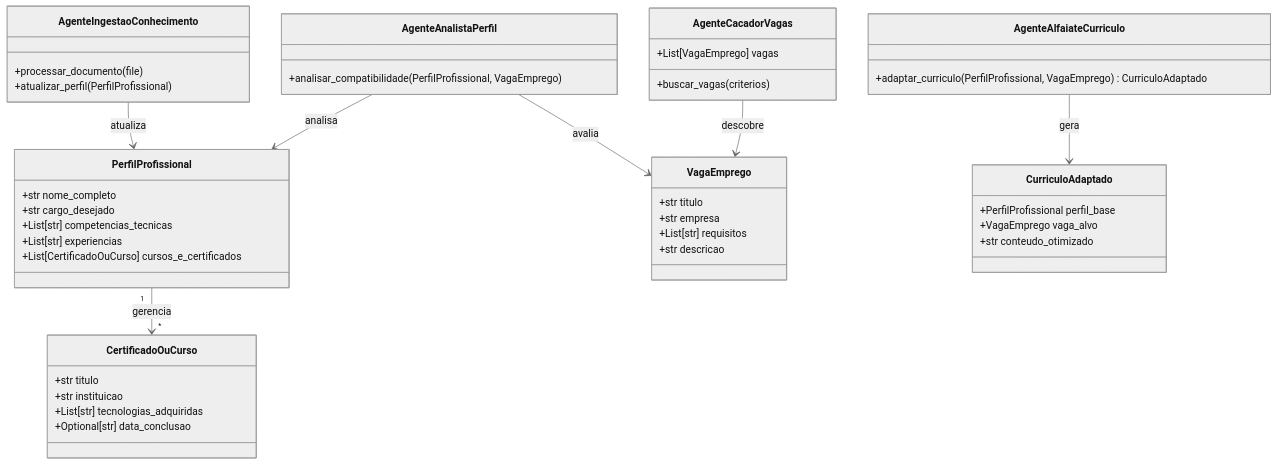
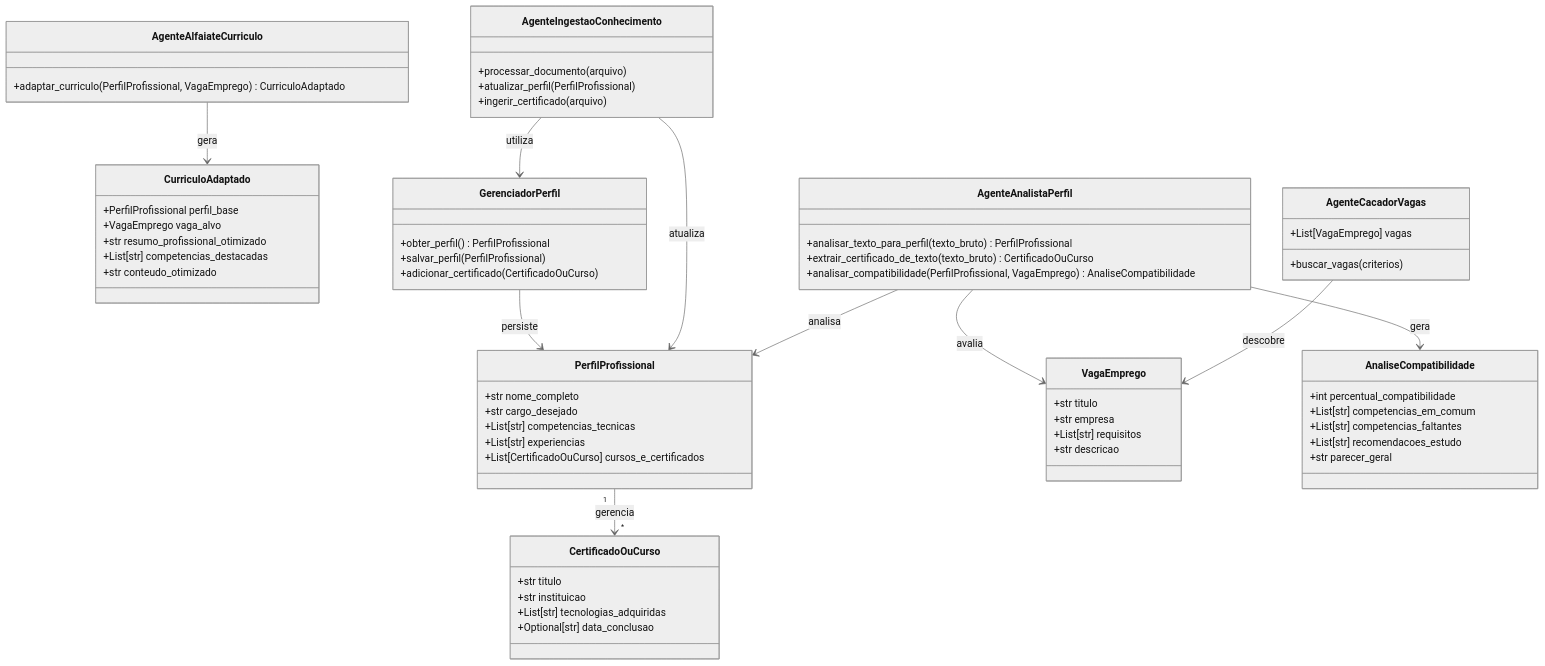
One commit to AlexCaitete/sistema-de-empregabilidade changed the diagram in README.md. Above: the diagram before and after it, drawn with Mermaid (neutral theme). The commit also changed other lines of this file and 14 other files, not shown here.

Commit message:
feat: conclui back-end com agentes de ingestao, compatibilidade, cacador de vagas e alfaiate ATS

````diff
--- a/README.md
+++ b/README.md
@@ -22,56 +22,78 @@
 ```mermaid
 classDiagram
     class PerfilProfissional {
         +str nome_completo
         +str cargo_desejado
         +List[str] competencias_tecnicas
         +List[str] experiencias
         +List[CertificadoOuCurso] cursos_e_certificados
     }
 
     class CertificadoOuCurso {
         +str titulo
         +str instituicao
         +List[str] tecnologias_adquiridas
         +Optional[str] data_conclusao
     }
 
     class VagaEmprego {
         +str titulo
         +str empresa
         +List[str] requisitos
         +str descricao
     }
 
+    class AnaliseCompatibilidade {
+        +int percentual_compatibilidade
+        +List[str] competencias_em_comum
+        +List[str] competencias_faltantes
+        +List[str] recomendacoes_estudo
+        +str parecer_geral
+    }
+
     class CurriculoAdaptado {
         +PerfilProfissional perfil_base
         +VagaEmprego vaga_alvo
+        +str resumo_profissional_otimizado
+        +List[str] competencias_destacadas
         +str conteudo_otimizado
     }
 
+    class GerenciadorPerfil {
+        +obter_perfil() PerfilProfissional
+        +salvar_perfil(PerfilProfissional)
+        +adicionar_certificado(CertificadoOuCurso)
+    }
+
     class AgenteIngestaoConhecimento {
-        +processar_documento(file)
+        +processar_documento(arquivo)
         +atualizar_perfil(PerfilProfissional)
+        +ingerir_certificado(arquivo)
     }
 
     class AgenteAnalistaPerfil {
-        +analisar_compatibilidade(PerfilProfissional, VagaEmprego)
+        +analisar_texto_para_perfil(texto_bruto) PerfilProfissional
+        +extrair_certificado_de_texto(texto_bruto) CertificadoOuCurso
+        +analisar_compatibilidade(PerfilProfissional, VagaEmprego) AnaliseCompatibilidade
     }
 
     class AgenteCacadorVagas {
         +buscar_vagas(criterios)
         +List[VagaEmprego] vagas
     }
 
     class AgenteAlfaiateCurriculo {
         +adaptar_curriculo(PerfilProfissional, VagaEmprego) CurriculoAdaptado
     }
 
     PerfilProfissional "1" --> "*" CertificadoOuCurso : gerencia
+    GerenciadorPerfil --> PerfilProfissional : persiste
+    AgenteIngestaoConhecimento --> GerenciadorPerfil : utiliza
     AgenteIngestaoConhecimento --> PerfilProfissional : atualiza
     AgenteAnalistaPerfil --> PerfilProfissional : analisa
     AgenteAnalistaPerfil --> VagaEmprego : avalia
+    AgenteAnalistaPerfil --> AnaliseCompatibilidade : gera
     AgenteCacadorVagas --> VagaEmprego : descobre
     AgenteAlfaiateCurriculo --> CurriculoAdaptado : gera
 
 ```
````
